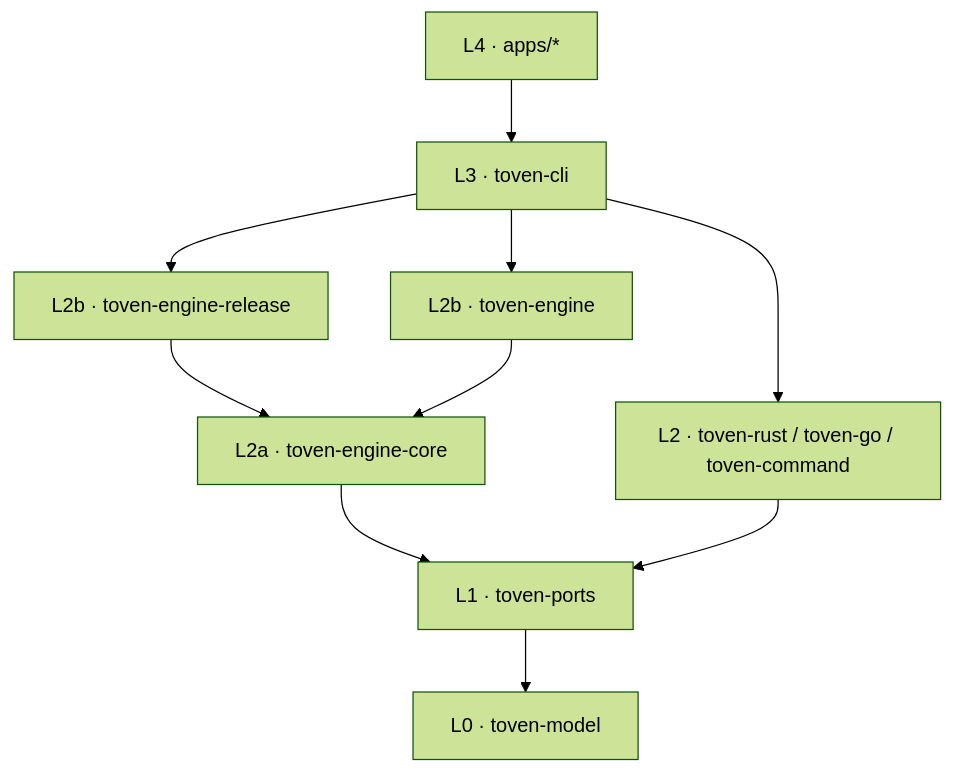
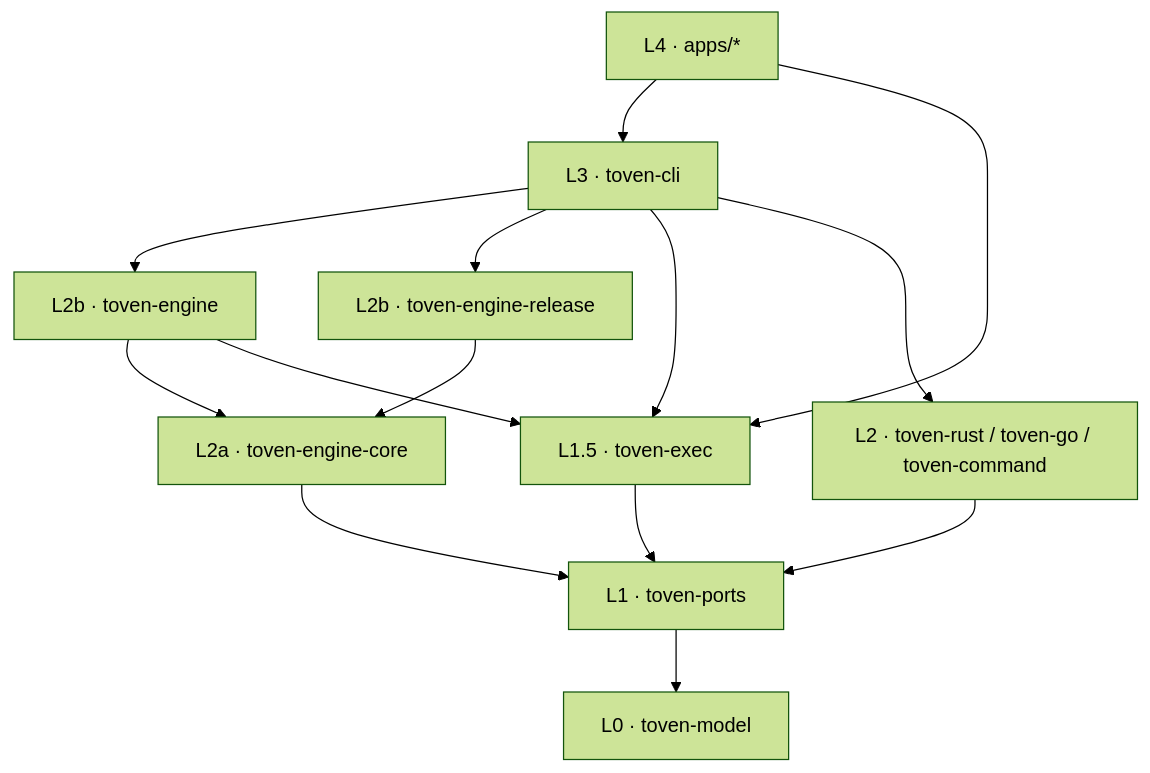
The first of 3 diagrams in docs/architecture.md (kbukum/toven), drawn with Mermaid (forest theme) before and after one commit. The commit also changed other lines of this file and 54 other files, not shown here.

Commit message:
refactor(exec): consolidate subprocess runners into toven-exec (#168)

````diff
--- a/docs/architecture.md
+++ b/docs/architecture.md
@@ -22,21 +23,26 @@
 ```mermaid
 flowchart TB
     model["L0 · toven-model"]
     ports["L1 · toven-ports"]
+    exec["L1.5 · toven-exec"]
     core["L2a · toven-engine-core"]
     release["L2b · toven-engine-release"]
     engine["L2b · toven-engine"]
     eco["L2 · toven-rust / toven-go / toven-command"]
     cli["L3 · toven-cli"]
     apps["L4 · apps/*"]
 
     ports --> model
+    exec --> ports
     core --> ports
     release --> core
     engine --> core
+    engine --> exec
     eco --> ports
     cli --> engine
     cli --> release
+    cli --> exec
     cli --> eco
     apps --> cli
+    apps --> exec
 ```
````
